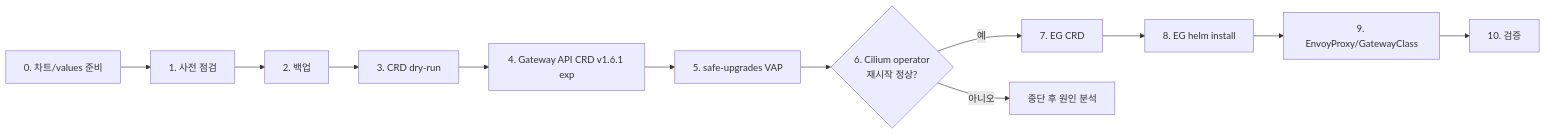
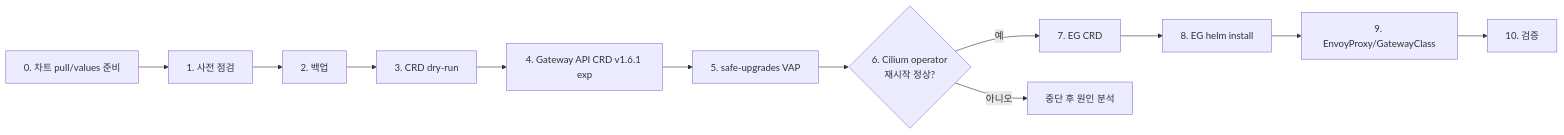
The diagram in docs/envoy-gateway/envoy-gateway-install-config-b.md (nkicker82/chat-with-ai), drawn with Mermaid before and after one commit. The commit also changed other lines of this file, not shown here.

````diff
--- a/docs/envoy-gateway/envoy-gateway-install-config-b.md
+++ b/docs/envoy-gateway/envoy-gateway-install-config-b.md
@@ -134,9 +134,9 @@
 ```mermaid
 flowchart LR
-  S0[0. 차트/values 준비] --> S1[1. 사전 점검] --> S2[2. 백업] --> S3[3. CRD dry-run]
+  S0[0. 차트 pull/values 준비] --> S1[1. 사전 점검] --> S2[2. 백업] --> S3[3. CRD dry-run]
   S3 --> S4[4. Gateway API CRD v1.6.1 exp]
   S4 --> S5[5. safe-upgrades VAP]
   S5 --> S6{6. Cilium operator<br/>재시작 정상?}
   S6 -- 예 --> S7[7. EG CRD] --> S8[8. EG helm install] --> S9[9. EnvoyProxy/GatewayClass] --> S10[10. 검증]
   S6 -- 아니오 --> X[중단 후 원인 분석]
 ```
````
